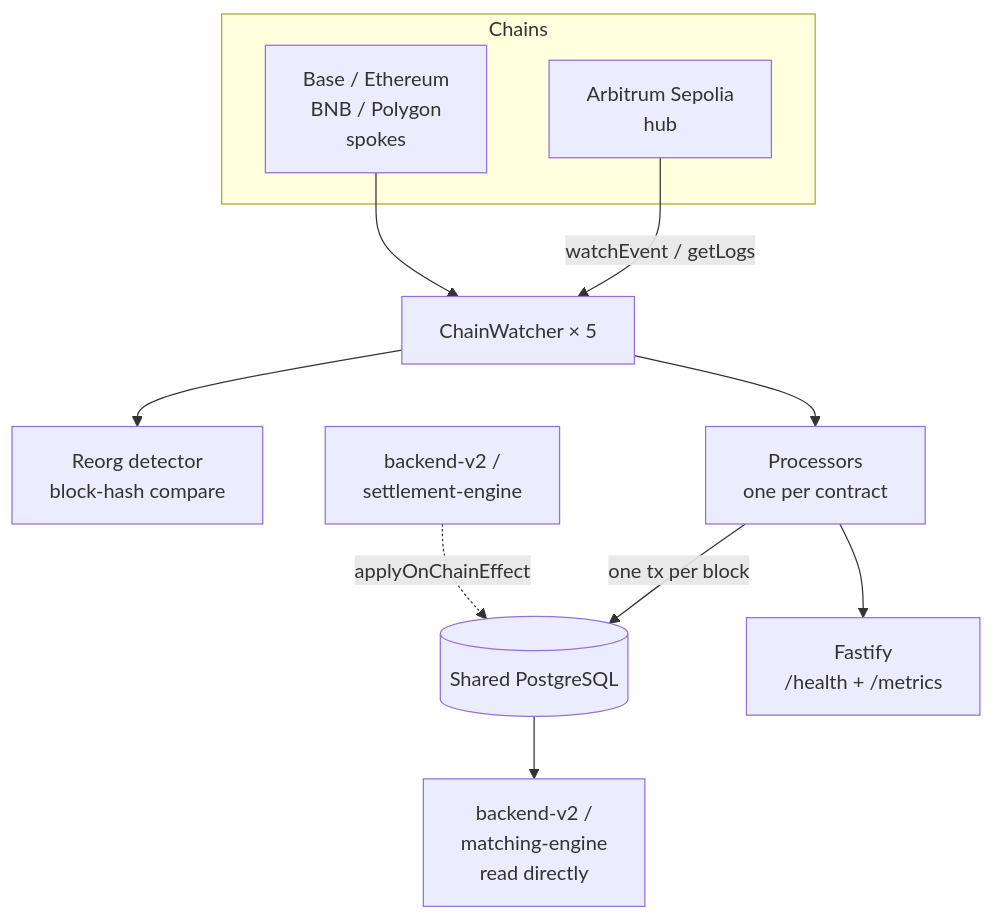
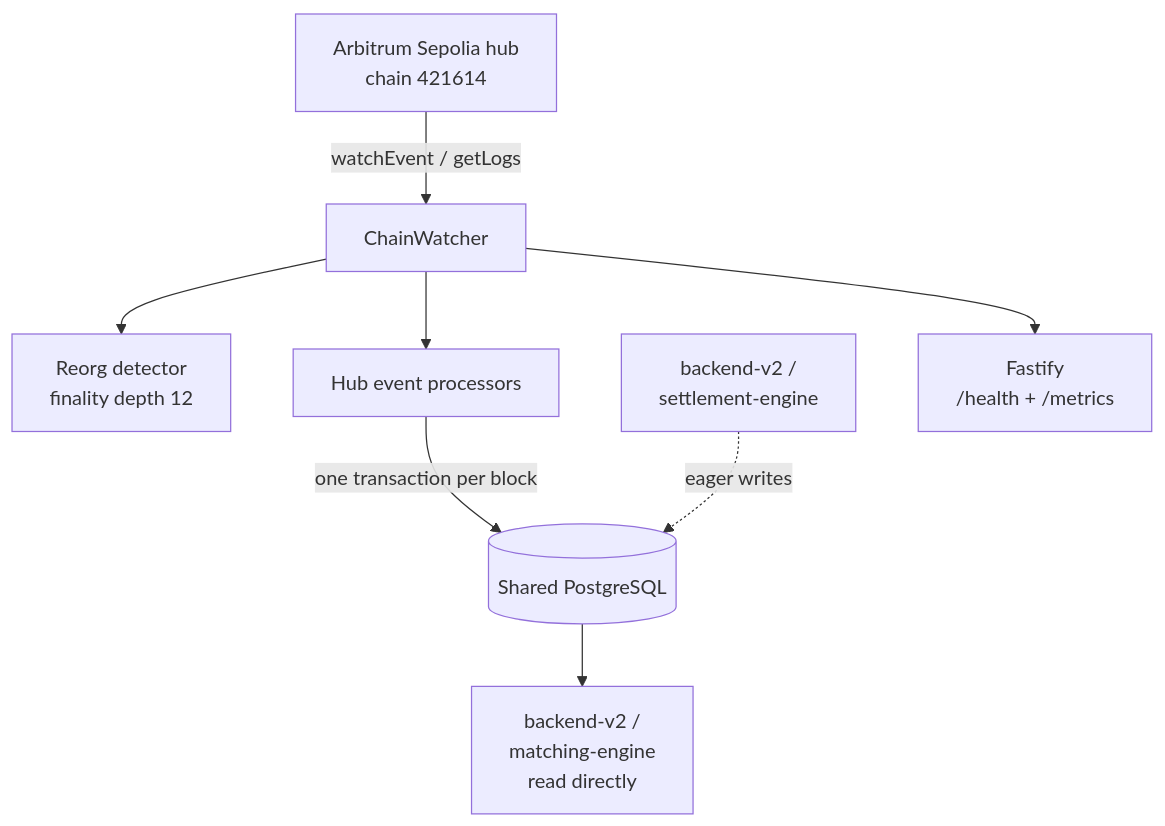
Before and after one commit to centuari-labs/indexer-v3: the diagram in README.md, drawn with Mermaid. The commit also changed other lines of this file, not shown here.

Commit message:
docs: document hub-only indexer operation (#16)

````diff
--- a/README.md
+++ b/README.md
@@ -31,15 +38,10 @@
 ```mermaid
 flowchart TD
-    subgraph Chains
-      HUB[Arbitrum Sepolia<br/>hub]
-      SP[Base / Ethereum<br/>BNB / Polygon<br/>spokes]
-    end
-    HUB -->|watchEvent / getLogs| W1[ChainWatcher × 5]
-    SP --> W1
-    W1 --> RD[Reorg detector<br/>block-hash compare]
-    W1 --> PROC[Processors<br/>one per contract]
-    PROC -->|one tx per block| PG[(Shared PostgreSQL)]
-    EAGER[backend-v2 /<br/>settlement-engine] -.applyOnChainEffect.-> PG
+    HUB[Arbitrum Sepolia hub<br/>chain 421614] -->|watchEvent / getLogs| W[ChainWatcher]
+    W --> RD[Reorg detector<br/>finality depth 12]
+    W --> PROC[Hub event processors]
+    PROC -->|one transaction per block| PG[(Shared PostgreSQL)]
+    EAGER[backend-v2 /<br/>settlement-engine] -. eager writes .-> PG
     PG --> READERS[backend-v2 /<br/>matching-engine<br/>read directly]
-    PROC --> OPS[Fastify<br/>/health + /metrics]
+    W --> OPS[Fastify<br/>/health + /metrics]
 ```
````
